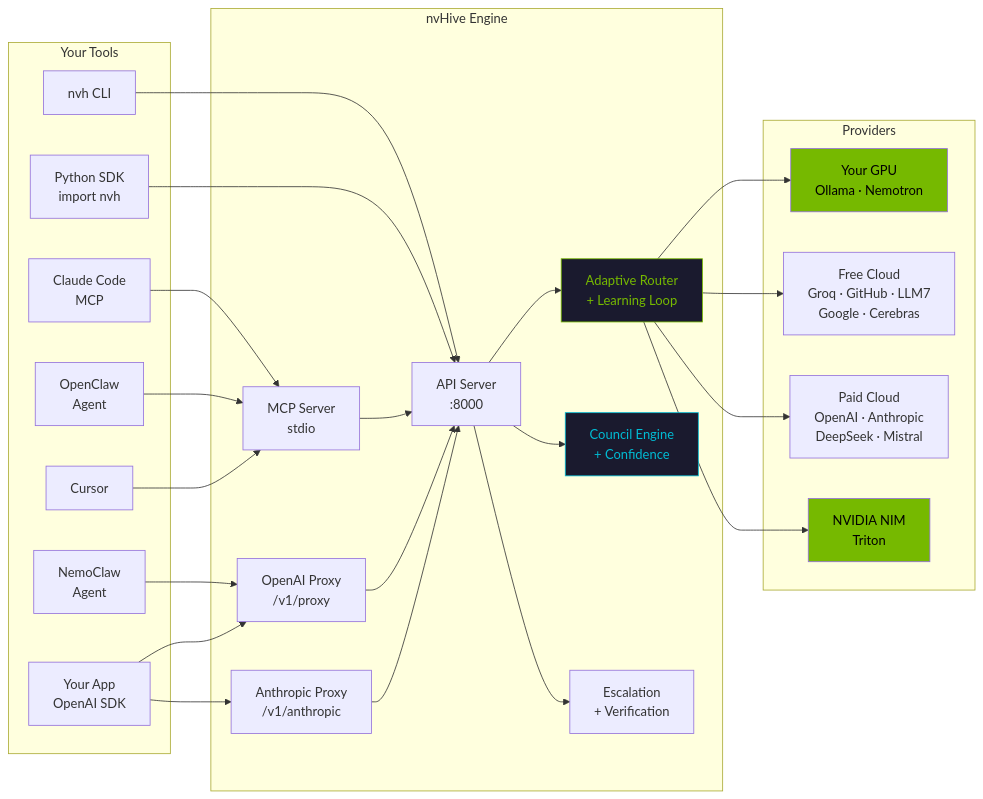
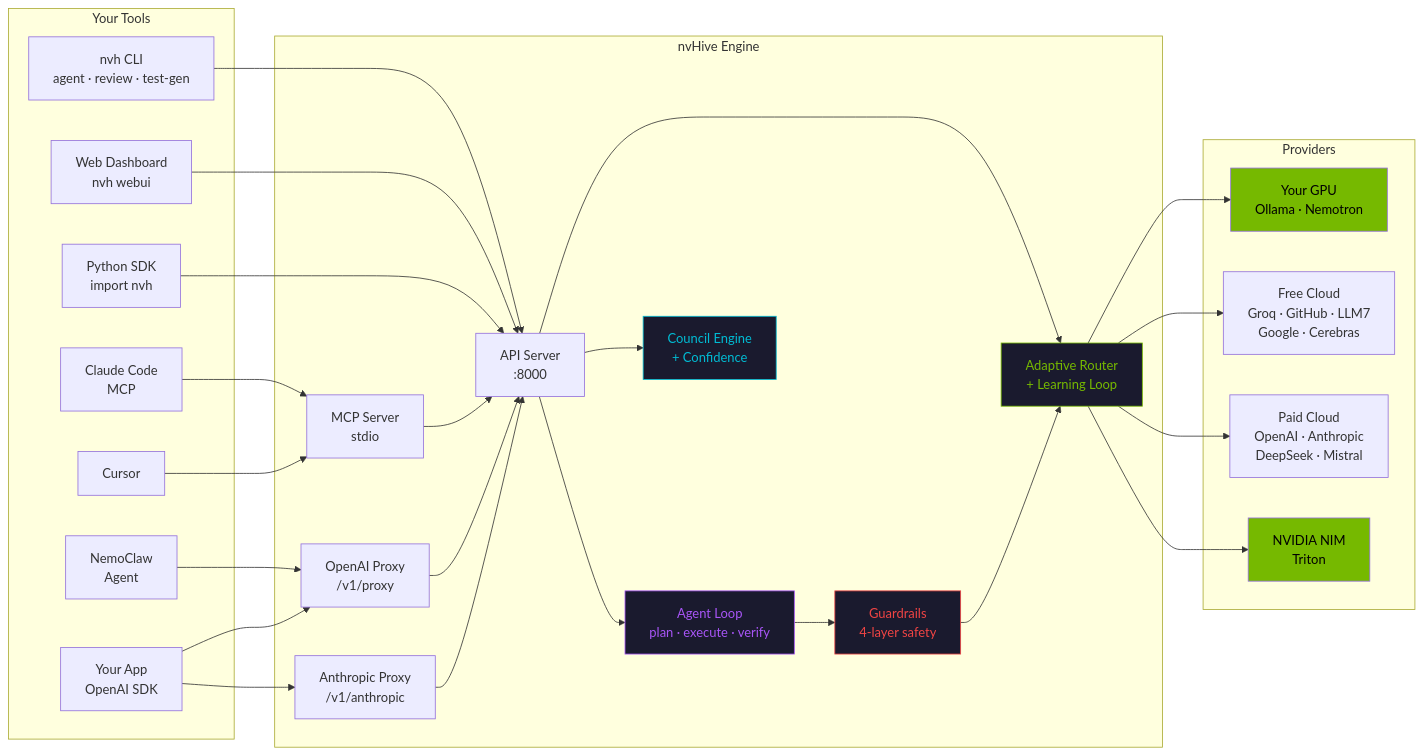
Before and after one commit to thatcooperguy/nvHive: the sixth of 6 diagrams in README.md, drawn with Mermaid. The commit also changed other lines of this file, not shown here.

````diff
--- a/README.md
+++ b/README.md
@@ -365,54 +386,59 @@
 ```mermaid
 flowchart LR
     subgraph Your Tools
-        CLI[nvh CLI]
+        CLI[nvh CLI<br/>agent · review · test-gen]
+        WEBUI[Web Dashboard<br/>nvh webui]
         SDK[Python SDK<br/>import nvh]
         CC[Claude Code<br/>MCP]
-        OC[OpenClaw<br/>Agent]
         NC[NemoClaw<br/>Agent]
         CU[Cursor]
         APP[Your App<br/>OpenAI SDK]
     end
 
     subgraph nvHive Engine
         API[API Server<br/>:8000]
         MCP[MCP Server<br/>stdio]
         PROXY_OAI[OpenAI Proxy<br/>/v1/proxy]
         PROXY_ANT[Anthropic Proxy<br/>/v1/anthropic]
+        AGENT[Agent Loop<br/>plan · execute · verify]
         ROUTER[Adaptive Router<br/>+ Learning Loop]
         COUNCIL[Council Engine<br/>+ Confidence]
-        ESCALATE[Escalation<br/>+ Verification]
+        GUARD[Guardrails<br/>4-layer safety]
     end
 
     subgraph Providers
         GPU[Your GPU<br/>Ollama · Nemotron]
         FREE_P[Free Cloud<br/>Groq · GitHub · LLM7<br/>Google · Cerebras]
         PAID_P[Paid Cloud<br/>OpenAI · Anthropic<br/>DeepSeek · Mistral]
         NIM[NVIDIA NIM<br/>Triton]
     end
 
     CLI --> API
+    WEBUI --> API
     SDK --> API
     CC --> MCP
-    OC --> MCP
     NC --> PROXY_OAI
     CU --> MCP
     APP --> PROXY_OAI
     APP --> PROXY_ANT
 
     MCP --> API
     PROXY_OAI --> API
     PROXY_ANT --> API
+    API --> AGENT
     API --> ROUTER
     API --> COUNCIL
-    API --> ESCALATE
+    AGENT --> GUARD
+    GUARD --> ROUTER
     ROUTER --> GPU
     ROUTER --> FREE_P
     ROUTER --> PAID_P
     ROUTER --> NIM
 
     style GPU fill:#76B900,color:#000
     style NIM fill:#76B900,color:#000
     style ROUTER fill:#1a1a2e,color:#76B900,stroke:#76B900
     style COUNCIL fill:#1a1a2e,color:#00bcd4,stroke:#00bcd4
+    style AGENT fill:#1a1a2e,color:#a855f7,stroke:#a855f7
+    style GUARD fill:#1a1a2e,color:#ef4444,stroke:#ef4444
 ```
````
